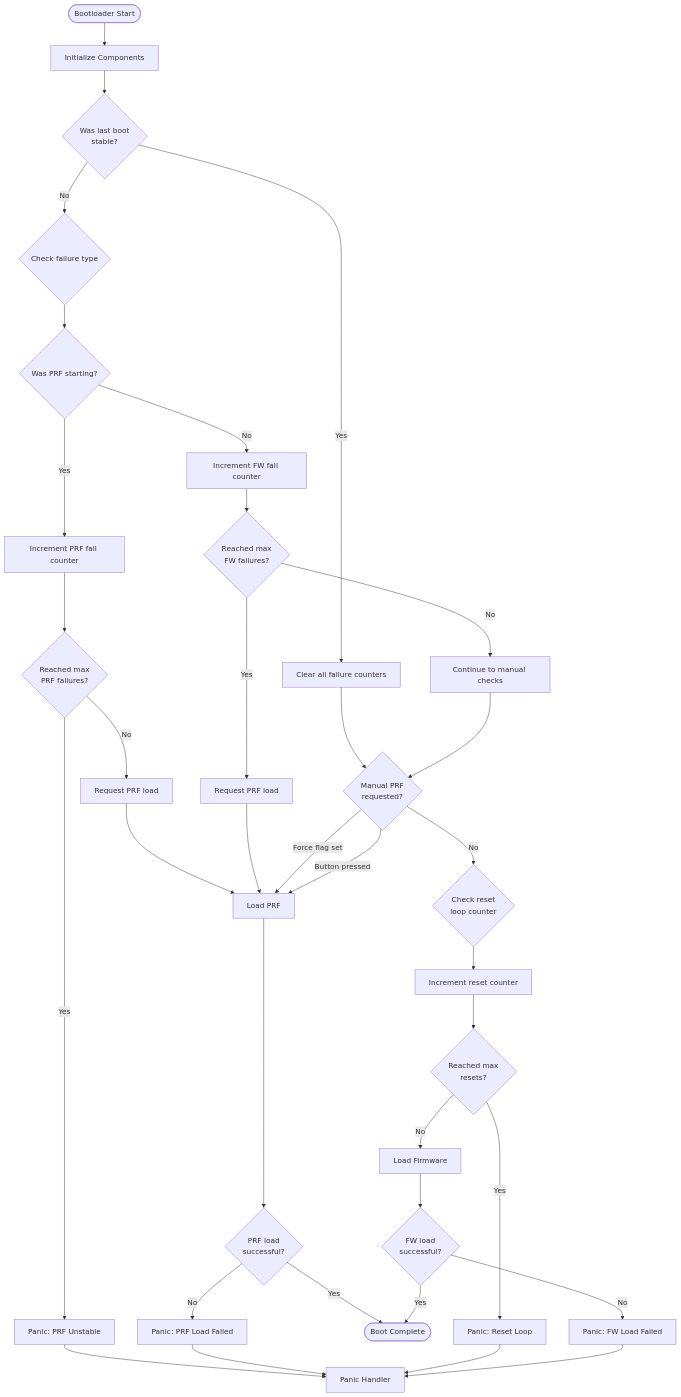
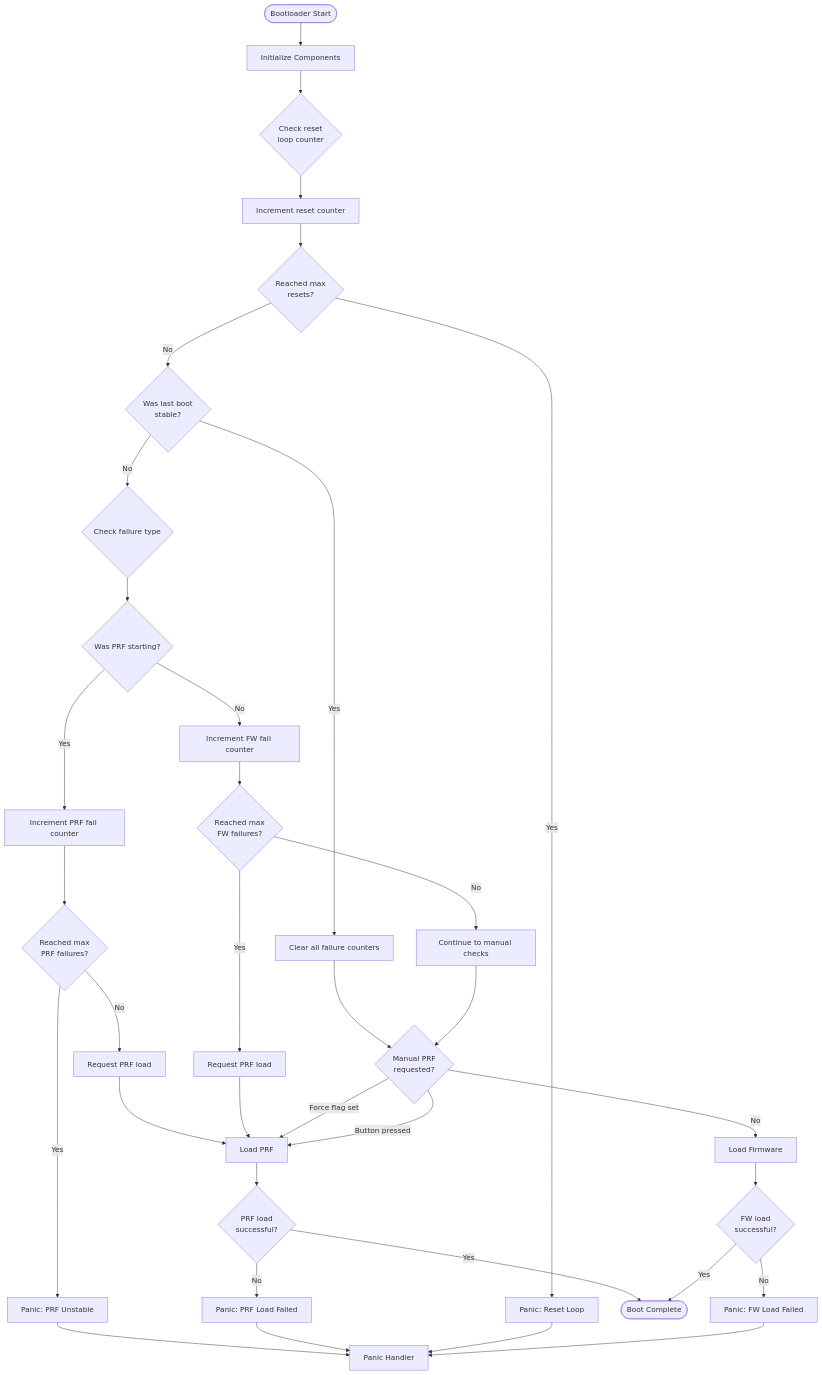
The diagram in README.md (coredevices/pblboot), drawn with Mermaid before and after one commit. The commit also changed 1 other file, not shown here.

Commit message:
boot: check reset loop at early stage

````diff
--- a/README.md
+++ b/README.md
@@ -123,50 +123,50 @@
 ```mermaid
 flowchart TD
     Start([Bootloader Start]) --> Init[Initialize Components]
 
-    Init --> CheckStable{Was last boot<br/>stable?}
+    Init --> CheckResetLoop{Check reset<br/>loop counter}
+    CheckResetLoop --> IncResetCnt[Increment reset counter]
+    IncResetCnt --> CheckResetMax{Reached max<br/>resets?}
+    CheckResetMax -->|Yes| PanicResetLoop[Panic: Reset Loop]
+    CheckResetMax -->|No| CheckStable
+
+    CheckStable{Was last boot<br/>stable?}
     CheckStable -->|Yes| ClearStrikes[Clear all failure counters]
     CheckStable -->|No| CheckFailure{Check failure type}
 
     CheckFailure --> CheckPRFStart{Was PRF starting?}
     CheckPRFStart -->|Yes| IncPRFStrikes[Increment PRF fail counter]
     IncPRFStrikes --> CheckPRFMax{Reached max<br/>PRF failures?}
     CheckPRFMax -->|Yes| PanicPRFUnstable[Panic: PRF Unstable]
     CheckPRFMax -->|No| RequestPRF1[Request PRF load]
 
     CheckPRFStart -->|No| IncFWStrikes[Increment FW fail counter]
     IncFWStrikes --> CheckFWMax{Reached max<br/>FW failures?}
     CheckFWMax -->|Yes| RequestPRF2[Request PRF load]
     CheckFWMax -->|No| ContinueBoot1[Continue to manual checks]
 
     ClearStrikes --> ManualPRFCheck
     RequestPRF1 --> LoadPRF
     RequestPRF2 --> LoadPRF
     ContinueBoot1 --> ManualPRFCheck
 
     ManualPRFCheck{Manual PRF<br/>requested?}
     ManualPRFCheck -->|Force flag set| LoadPRF
     ManualPRFCheck -->|Button pressed| LoadPRF
-    ManualPRFCheck -->|No| CheckResetLoop
+    ManualPRFCheck -->|No| LoadFW
 
     LoadPRF[Load PRF]
     LoadPRF --> LoadPRFResult{PRF load<br/>successful?}
     LoadPRFResult -->|No| PanicPRFLoad[Panic: PRF Load Failed]
     LoadPRFResult -->|Yes| End([Boot Complete])
-
-    CheckResetLoop{Check reset<br/>loop counter}
-    CheckResetLoop --> IncResetCnt[Increment reset counter]
-    IncResetCnt --> CheckResetMax{Reached max<br/>resets?}
-    CheckResetMax -->|Yes| PanicResetLoop[Panic: Reset Loop]
-    CheckResetMax -->|No| LoadFW
 
     LoadFW[Load Firmware]
     LoadFW --> LoadFWResult{FW load<br/>successful?}
     LoadFWResult -->|No| PanicFWLoad[Panic: FW Load Failed]
     LoadFWResult -->|Yes| End([Boot Complete])
 
     PanicPRFUnstable --> PanicHandler[Panic Handler]
     PanicPRFLoad --> PanicHandler
     PanicResetLoop --> PanicHandler
     PanicFWLoad --> PanicHandler
 ```
````
